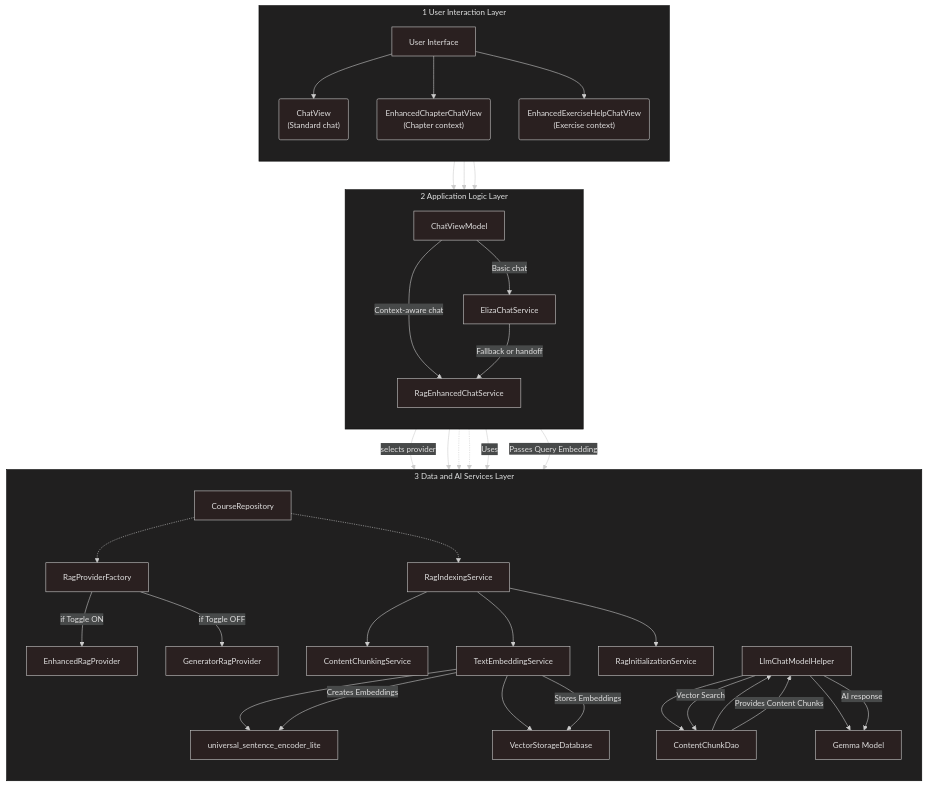
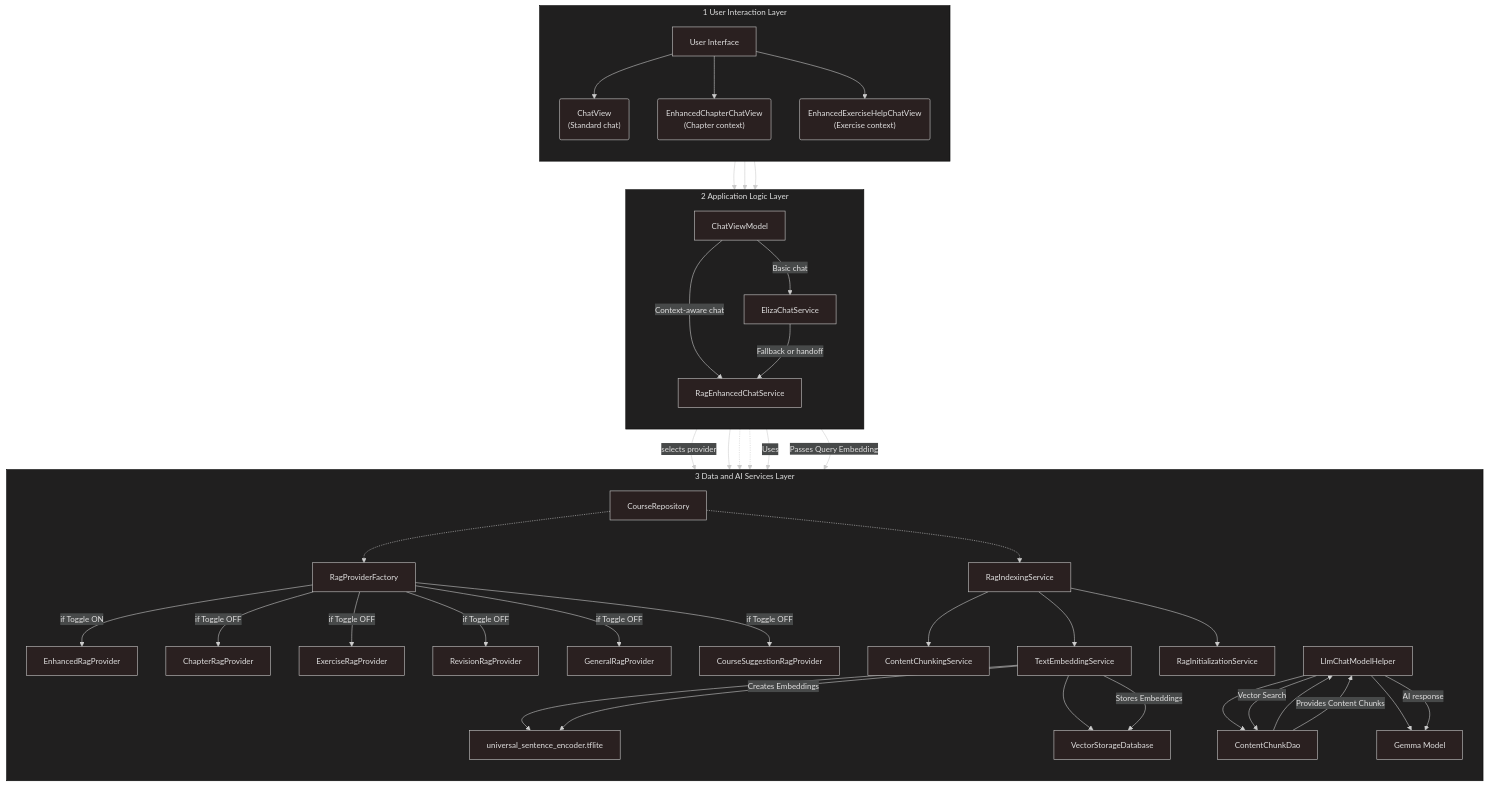
Before and after one commit to ErsjanKeri/Eliza: the diagram in inference.md, drawn with Mermaid. The commit also changed other lines of this file and 3 other files, not shown here.

````diff
--- a/inference.md
+++ b/inference.md
@@ -616,65 +621,69 @@
 ```mermaid
 ---
 config:
   theme: neo-dark
   layout: dagre
 ---
 flowchart TD
  subgraph subGraph0["1 User Interaction Layer"]
     direction TB
         UI["User Interface"]
         CV("ChatView<br>(Standard chat)")
         ECV("EnhancedChapterChatView<br>(Chapter context)")
         EEV("EnhancedExerciseHelpChatView<br>(Exercise context)")
   end
  subgraph subGraph1["2 Application Logic Layer"]
     direction TB
         CVM["ChatViewModel"]
         ECS["ElizaChatService"]
         RECS["RagEnhancedChatService"]
   end
  subgraph subGraph2["3 Data and AI Services Layer"]
     direction TB
         RPF["RagProviderFactory"]
         ERP["EnhancedRagProvider"]
-        GRP["GeneratorRagProvider"]
+        CRP["ChapterRagProvider"]
+        ERRP["ExerciseRagProvider"]
+        RRP["RevisionRagProvider"]
+        GRP["GeneralRagProvider"]
+        CSRP["CourseSuggestionRagProvider"]
         LLMCH["LlmChatModelHelper"]
         RIS["RagIndexingService"]
         CCR["CourseRepository"]
         CCH["ContentChunkingService"]
         TES["TextEmbeddingService"]
-        USEL["universal_sentence_encoder_lite"]
+        USEL["universal_sentence_encoder.tflite"]
         VSD["VectorStorageDatabase"]
         CCD["ContentChunkDao"]
         GM["Gemma Model"]
         RINIT["RagInitializationService"]
   end
     RECS -- selects provider --> RPF
     RPF -- if Toggle ON --> ERP
-    RPF -- if Toggle OFF --> GRP
+    RPF -- if Toggle OFF --> CRP & ERRP & RRP & GRP & CSRP
     RECS --> LLMCH
     RECS -.-> RIS & CCR
     RIS --> CCH & TES & RINIT
     TES --> USEL & VSD
     LLMCH --> CCD & GM
     CCD --> LLMCH
     UI --> CV & ECV & EEV
     CV --> CVM
     ECV --> CVM
     EEV --> CVM
     CVM -- Basic chat --> ECS
     CVM -- "Context-aware chat" --> RECS
     ECS -- Fallback or handoff --> RECS
     RECS -- Uses --> CCR
     RECS -- Passes Query Embedding --> LLMCH
     LLMCH -- Vector Search --> CCD
     CCD -- Provides Content Chunks --> LLMCH
     LLMCH -- AI response --> GM
     TES -- Creates Embeddings --> USEL
     TES -- Stores Embeddings --> VSD
     CCR -.-> RPF & RIS
     classDef userLayer fill:#e8f5e9,stroke:#388e3c,stroke-width:2px
     classDef logicLayer fill:#e3f2fd,stroke:#1976d2,stroke-width:2px
     classDef dataLayer fill:#fff8e1,stroke:#ffb300,stroke-width:2px
     classDef storageLayer fill:#fce4ec,stroke:#c2185b,stroke-width:2px
 ```
````
